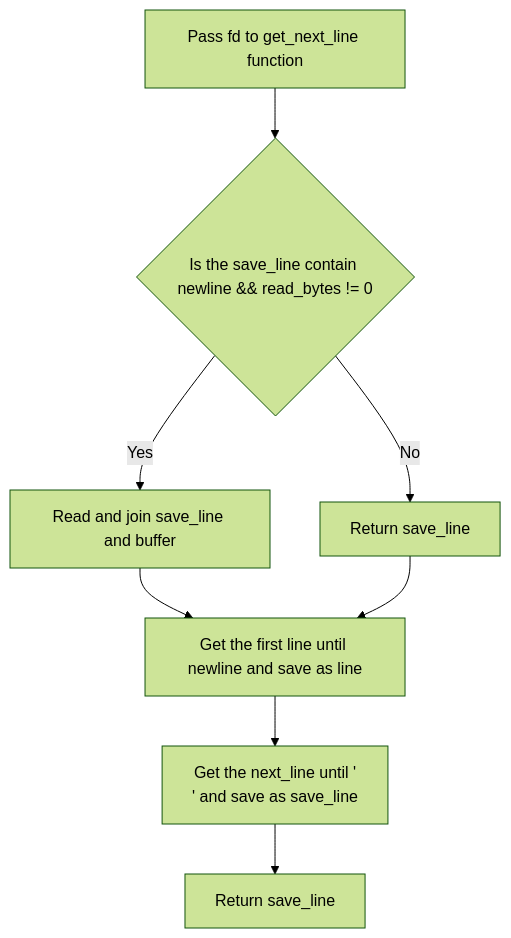
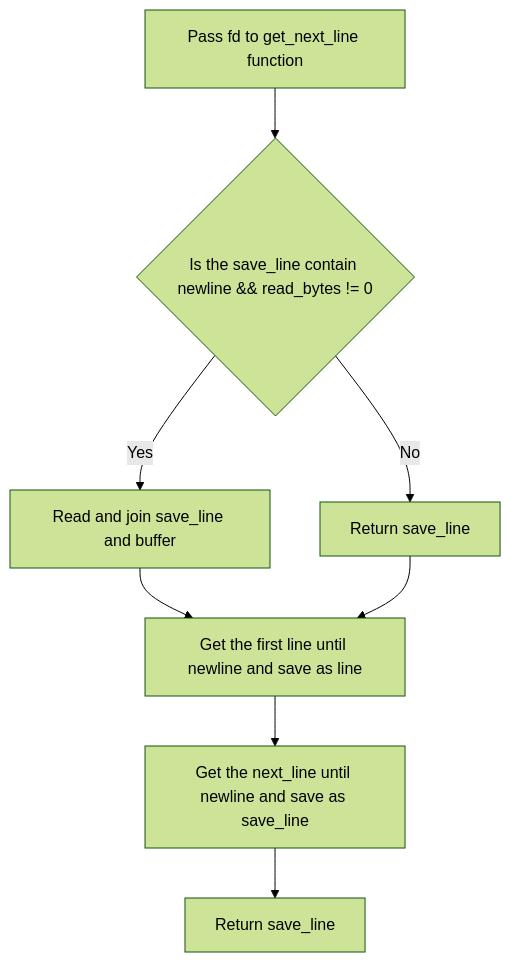
Before and after one commit to shawnteh1711/get_next-line: the diagram in README.md, drawn with Mermaid (forest theme).

````diff
--- a/README.md
+++ b/README.md
@@ -11,10 +11,10 @@
 ```mermaid
 flowchart TD
    A[Pass fd to get_next_line function] --> B{Is the save_line contain newline && read_bytes != 0};
    B -- Yes --> C[Read and join save_line and buffer];
    B -- No --> D[Return save_line];
    C --> E[Get the first line until newline and save as line];
    D --> E[Get the first line until newline and save as line];
-   E --> F[Get the next_line until '\n' and save as save_line];
+   E --> F[Get the next_line until newline and save as save_line];
    F --> G[Return save_line];
 ```
````
